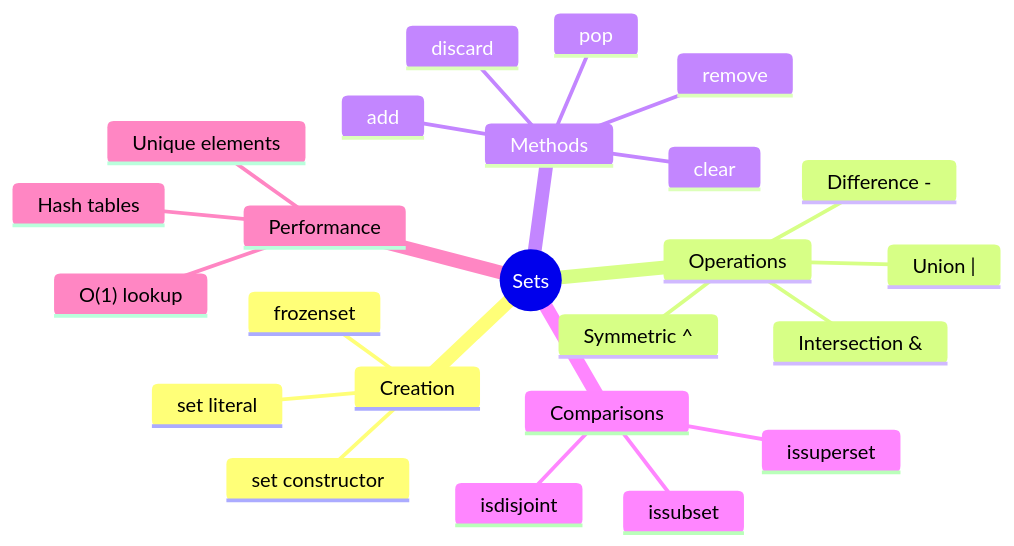
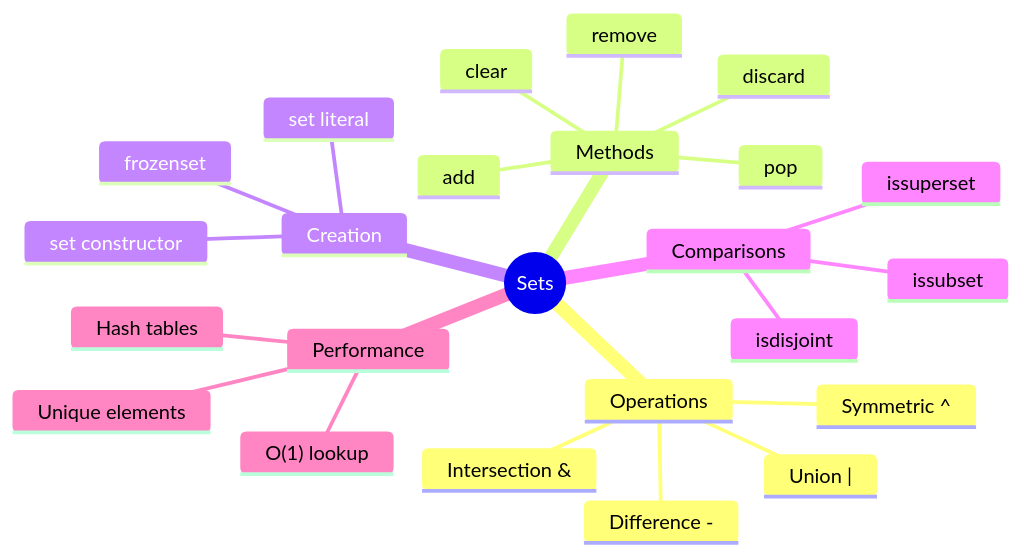
Before and after one commit to mAbduqayum/python-workbook: the diagram in sets/_docs/table_of_contents.md, drawn with Mermaid. The commit also changed other lines of this file, not shown here.

````diff
--- a/sets/_docs/table_of_contents.md
+++ b/sets/_docs/table_of_contents.md
@@ -3,27 +3,27 @@
 ```mermaid
 mindmap
     root((Sets))
-        Creation
-            set literal
-            set constructor
-            frozenset
         Operations
             Union |
             Intersection &
             Difference -
             Symmetric ^
         Methods
             add
             remove
             discard
             pop
             clear
+        Creation
+            set literal
+            set constructor
+            frozenset
         Comparisons
             issubset
             issuperset
             isdisjoint
         Performance
             O&lpar;1&rpar; lookup
             Hash tables
             Unique elements
 ```
````
